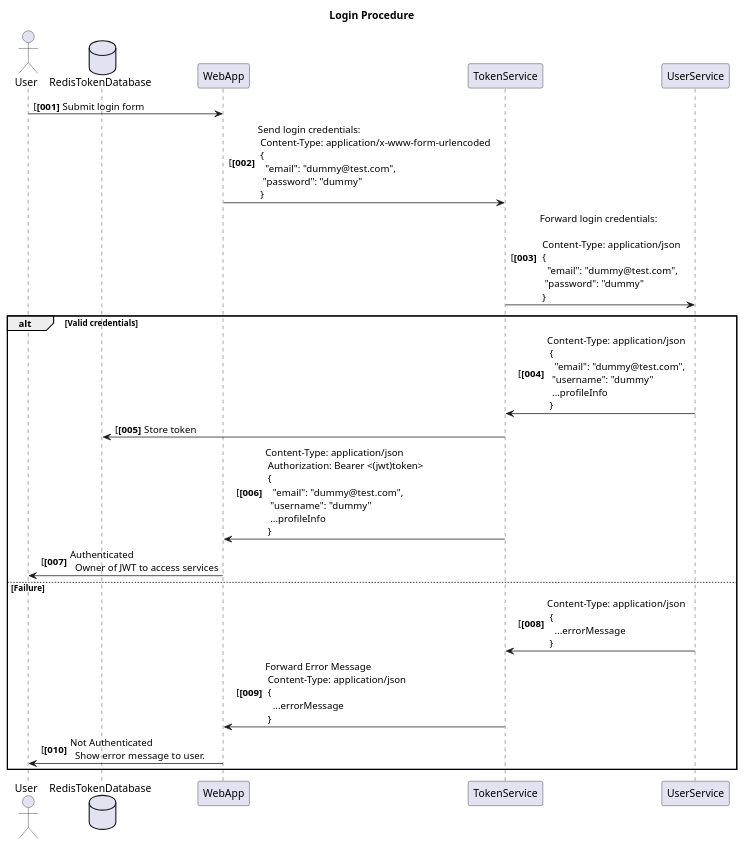
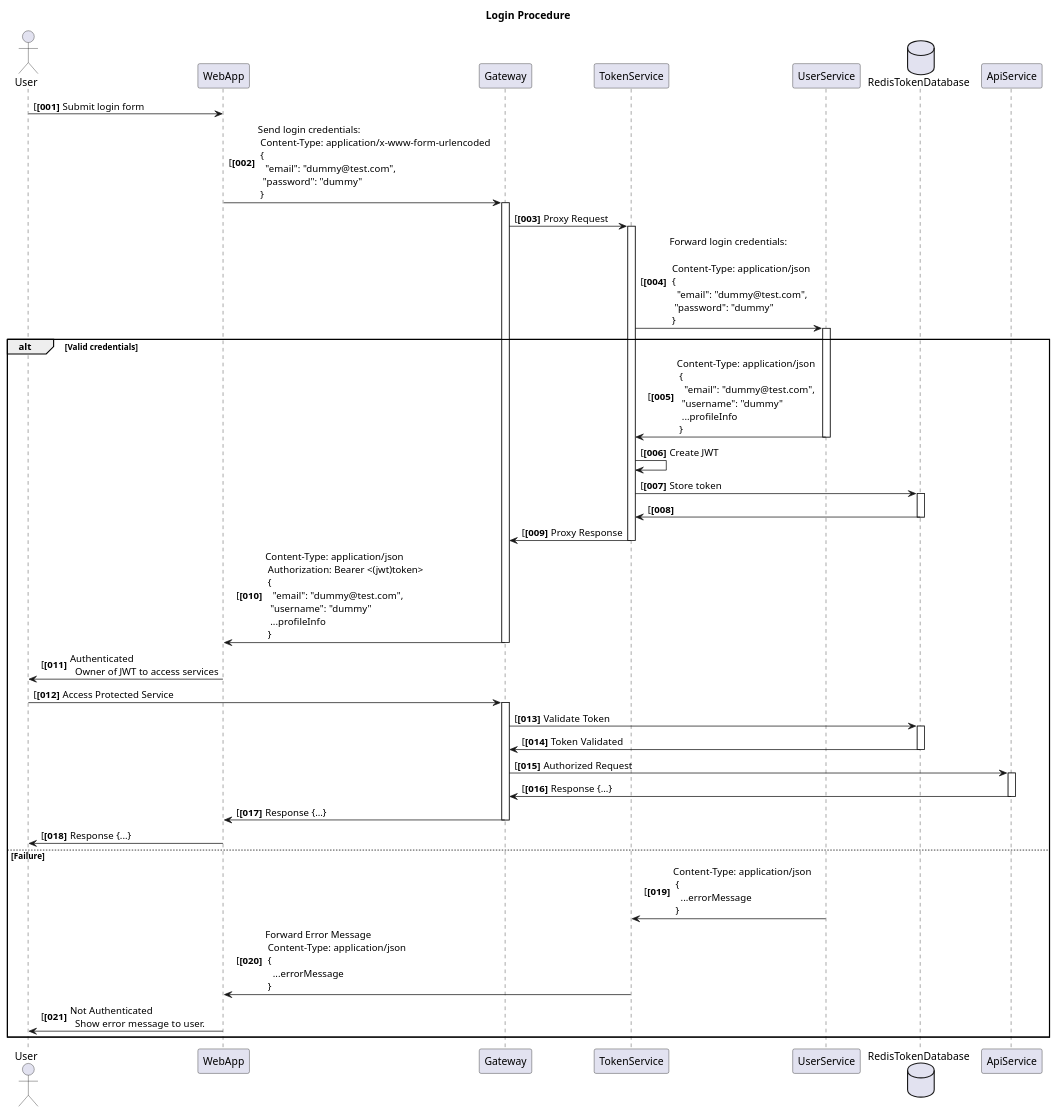
Before and after one commit to authumn/authumn-token: the diagram in diagrams/login.puml, drawn with PlantUML.

Commit message:
docs: update diagram.

```diff
--- a/diagrams/login.puml
+++ b/diagrams/login.puml
@@ -1,66 +1,106 @@
 @startuml
 autonumber "[<b>[000]"
 actor User
-database RedisTokenDatabase
 
 title: Login Procedure
 
 User -> WebApp: Submit login form
-WebApp -> TokenService:  \
+
+
+WebApp -> Gateway: \
 Send login credentials: \n\
  Content-Type: application/x-www-form-urlencoded \n\
  {\n \
   "email": "dummy@test.com",\n\
   "password": "dummy" \n\
  }
+
+activate Gateway
+
+Gateway -> TokenService: Proxy Request
+activate TokenService
 
 TokenService -> UserService: \
 Forward login credentials: \n\n\
  Content-Type: application/json \n\
  {\n \
   "email": "dummy@test.com",\n\
   "password": "dummy" \n\
  }
+activate UserService
+
+database RedisTokenDatabase
 
 alt Valid credentials
 UserService -> TokenService: \
  Content-Type: application/json \n\
  {\n \
   "email": "dummy@test.com",\n\
   "username": "dummy" \n\
   ...profileInfo \n\
  }
 
+deactivate UserService
+
+TokenService -> TokenService: Create JWT
+
 TokenService -> RedisTokenDatabase: \
   Store token
+activate RedisTokenDatabase
+TokenService <- RedisTokenDatabase:
+deactivate RedisTokenDatabase
 
-TokenService -> WebApp: \
+TokenService -> Gateway: Proxy Response
+deactivate TokenService
+
+Gateway -> WebApp: \
  Content-Type: application/json \n\
  Authorization: Bearer <(jwt)token> \n\
  {\n \
   "email": "dummy@test.com",\n\
   "username": "dummy" \n\
   ...profileInfo \n\
  }
+deactivate Gateway
 
 WebApp -> User: Authenticated \n\
   Owner of JWT to access services
+
+User -> Gateway: Access Protected Service
+activate Gateway
+
+Gateway -> RedisTokenDatabase: Validate Token
+activate RedisTokenDatabase
+
+Gateway <- RedisTokenDatabase: Token Validated
+deactivate RedisTokenDatabase
+
+Gateway -> ApiService: Authorized Request
+activate ApiService
+
+Gateway <- ApiService: Response {...}
+deactivate ApiService
+
+Gateway -> WebApp: Response {...}
+deactivate Gateway
+WebApp -> User: Response {...}
 
 else Failure
 UserService -> TokenService: \
  Content-Type: application/json \n\
  {\n \
   ...errorMessage \n\
  }
+
 TokenService -> WebApp: \
  Forward Error Message\n\
  Content-Type: application/json \n\
  {\n \
   ...errorMessage \n\
  }
 
 WebApp -> User: Not Authenticated \n\
   Show error message to user.
 end
 
 @enduml
```
